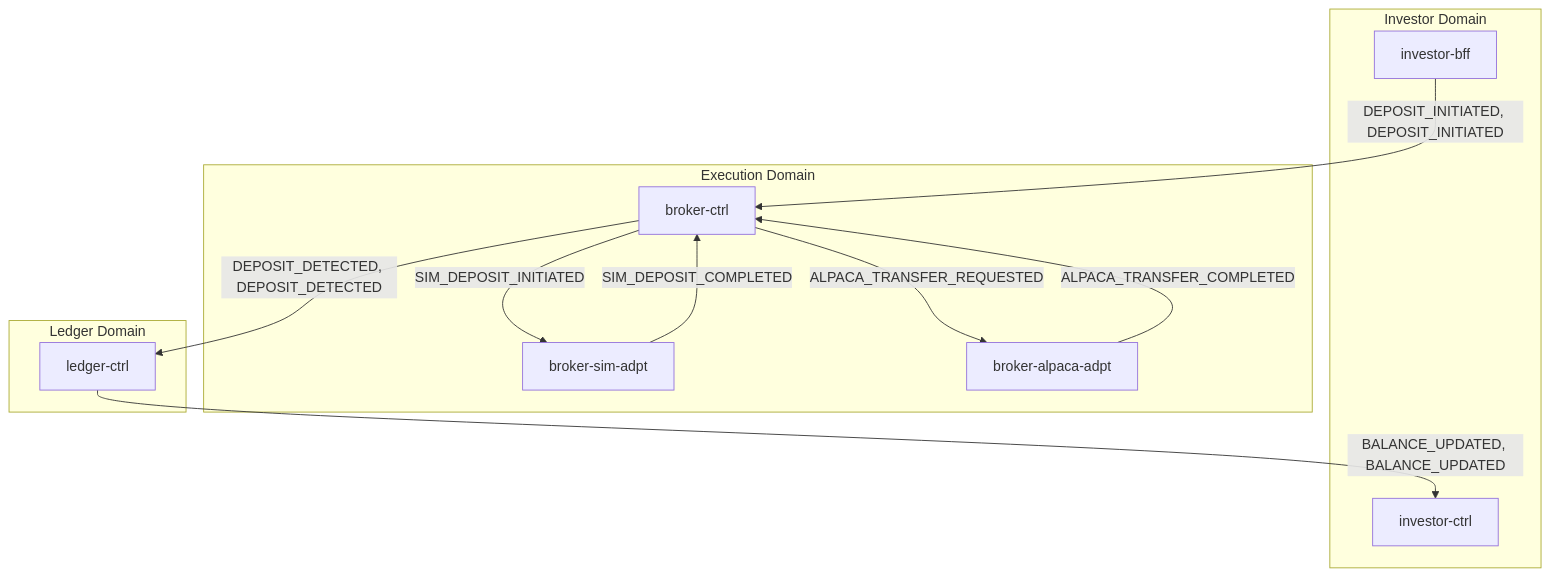
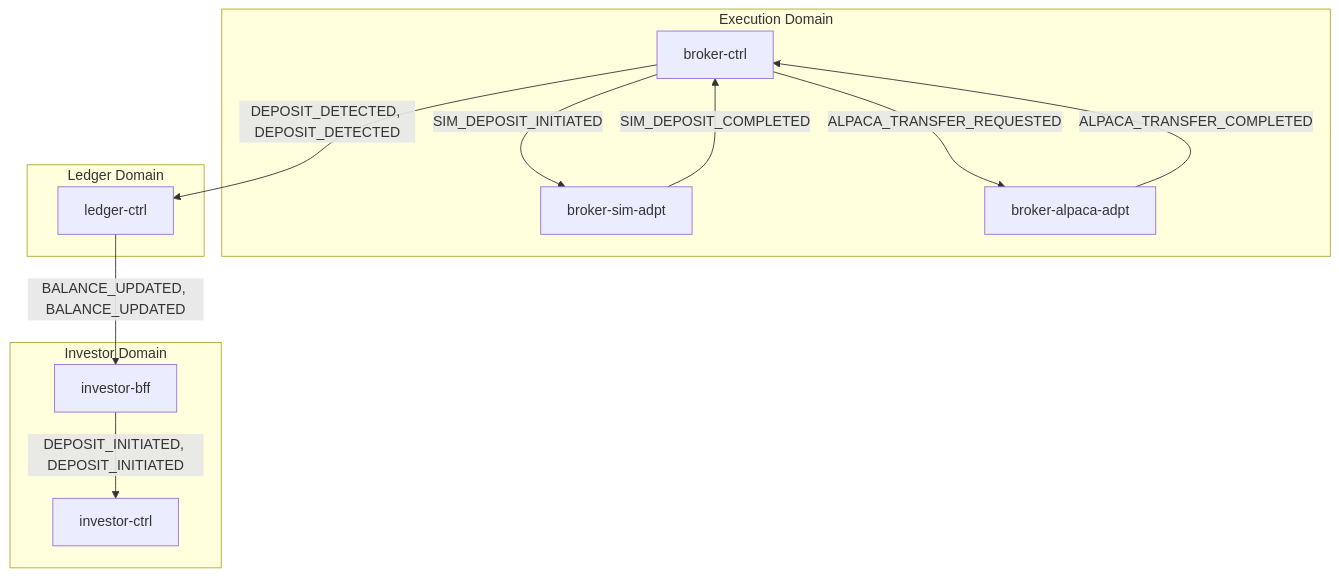
One commit to fabio-vitali/nestfolio changed the first of 2 diagrams in docs/data-flows/deposit.md. Above: the diagram before and after it, drawn with Mermaid. The commit also changed other lines of this file and 53 other files, not shown here.

First line of the commit message:
docs: regenerate all service cards, flow specs, and C4 diagrams via /init-docs

````diff
--- a/docs/data-flows/deposit.md
+++ b/docs/data-flows/deposit.md
@@ -11,22 +11,22 @@
 ```mermaid
 flowchart TD
     subgraph investor["Investor Domain"]
         investor_bff["investor-bff"]
         investor_ctrl["investor-ctrl"]
     end
     subgraph execution["Execution Domain"]
         broker_ctrl["broker-ctrl"]
         broker_sim_adpt["broker-sim-adpt"]
         broker_alpaca_adpt["broker-alpaca-adpt"]
     end
     subgraph ledger["Ledger Domain"]
         ledger_ctrl["ledger-ctrl"]
     end
-    investor_bff -->|"DEPOSIT_INITIATED, DEPOSIT_INITIATED"| broker_ctrl
+    investor_bff -->|"DEPOSIT_INITIATED, DEPOSIT_INITIATED"| investor_ctrl
     broker_ctrl -->|"SIM_DEPOSIT_INITIATED"| broker_sim_adpt
     broker_ctrl -->|"ALPACA_TRANSFER_REQUESTED"| broker_alpaca_adpt
     broker_sim_adpt -->|"SIM_DEPOSIT_COMPLETED"| broker_ctrl
     broker_alpaca_adpt -->|"ALPACA_TRANSFER_COMPLETED"| broker_ctrl
     broker_ctrl -->|"DEPOSIT_DETECTED, DEPOSIT_DETECTED"| ledger_ctrl
-    ledger_ctrl -->|"BALANCE_UPDATED, BALANCE_UPDATED"| investor_ctrl
+    ledger_ctrl -->|"BALANCE_UPDATED, BALANCE_UPDATED"| investor_bff
 ```
````
